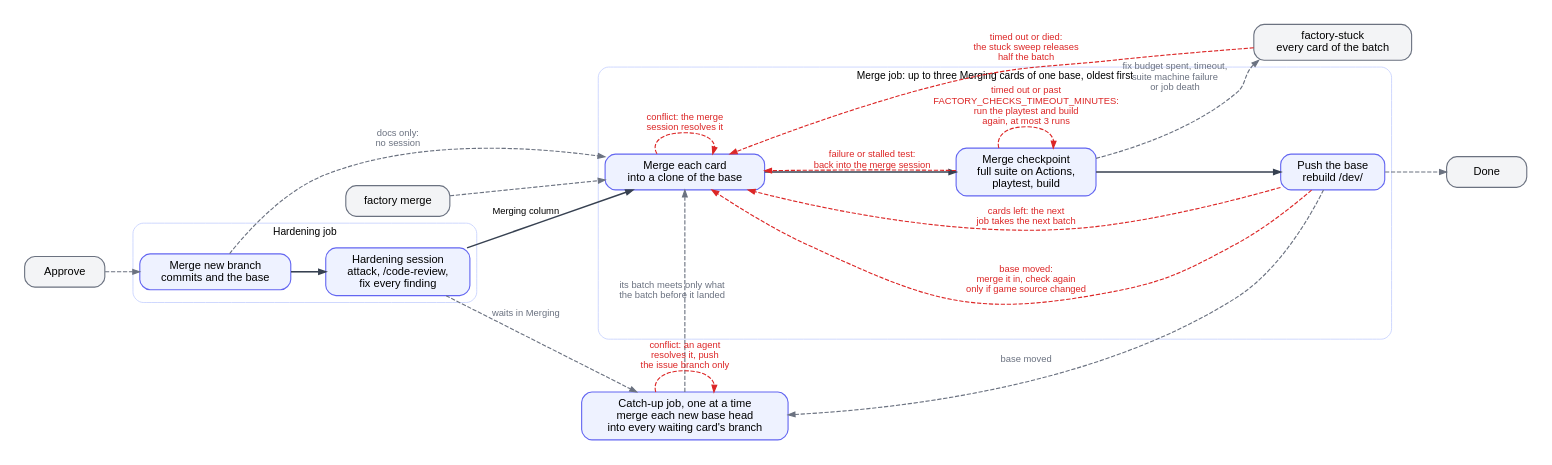
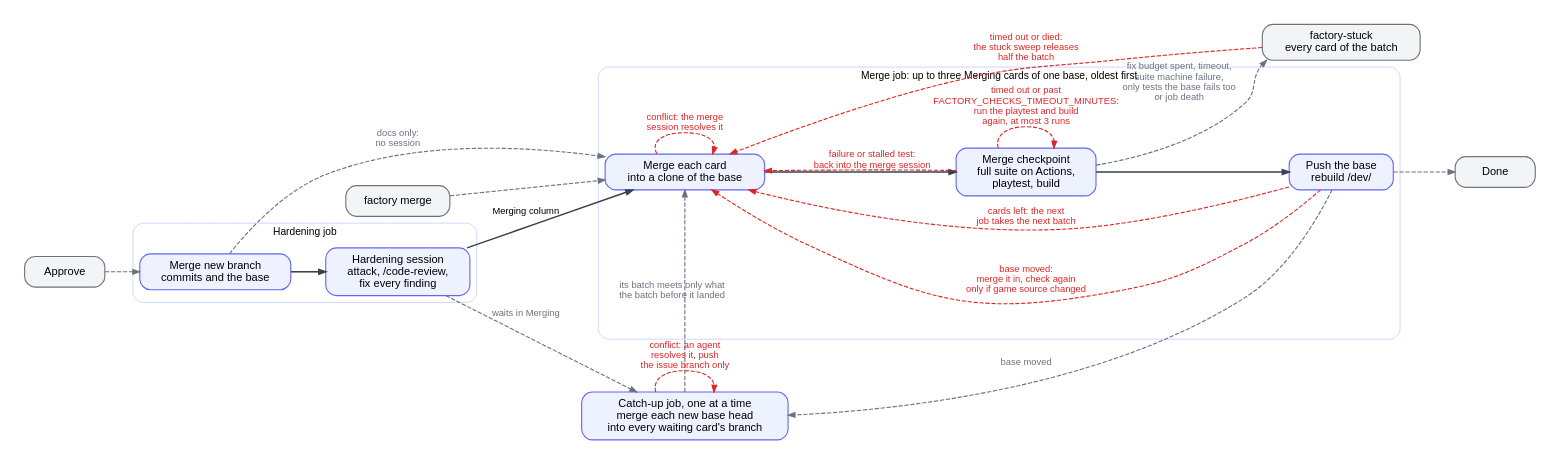
One commit to ROAM-game-org/road-machiners changed the diagram in factory/docs/diagrams/hardening.dot. Above: the diagram before and after it, drawn with Graphviz. The commit also changed 24 other files, not shown here.

```diff
--- a/factory/docs/diagrams/hardening.dot
+++ b/factory/docs/diagrams/hardening.dot
@@ -1,40 +1,40 @@
 // Hardening and Merging columns. One hardening session reviews and fixes an approved card. The merge queue checks up to three waiting cards of a base merged together before the base takes them, and the next job takes the rest. Each time a base moves, a catch-up job merges it into the branches of the waiting cards.
 // Red: loops back. Grey: leaves the column or enters from outside.
 digraph hardening {
   rankdir=LR; nodesep=0.35; ranksep=0.55; bgcolor=white; pad=0.3;
   node [shape=box, style="rounded,filled", fillcolor="#eef2ff", color="#6366f1", fontname="Helvetica", fontsize=13, margin="0.2,0.1", penwidth=1.3, width=1.3];
   edge [color="#374151", penwidth=1.8, arrowsize=0.8, fontname="Helvetica", fontsize=11];
   subgraph cluster_harden {
     label="Hardening job"; fontname="Helvetica"; fontsize=12; color="#c7d2fe"; style=rounded;
     HM [label="Merge new branch\ncommits and the base"]; HH [label="Hardening session\nattack, /code-review,\nfix every finding"];
     HM -> HH [weight=100];
   }
   subgraph cluster_merge {
     label="Merge job: up to three Merging cards of one base, oldest first"; fontname="Helvetica"; fontsize=12; color="#c7d2fe"; style=rounded;
     MM [label="Merge each card\ninto a clone of the base"]; MC [label="Merge checkpoint\nfull suite on Actions,\nplaytest, build"]; MP [label="Push the base\nrebuild /dev/"];
     MM -> MC -> MP [weight=100];
   }
   HH -> MM [label="Merging column"];
   CU [label="Catch-up job, one at a time\nmerge each new base head\ninto every waiting card's branch"];
   XA [label="Approve", fillcolor="#f3f4f6", color="#6b7280"];
   XO [label="factory merge", fillcolor="#f3f4f6", color="#6b7280"];
   XS [label="factory-stuck\nevery card of the batch", fillcolor="#f3f4f6", color="#6b7280"];
   XN [label="Done", fillcolor="#f3f4f6", color="#6b7280"];
   edge [color="#dc2626", fontcolor="#dc2626", style=dashed, penwidth=1.3];
   MM -> MM [label="conflict: the merge\nsession resolves it"];
   MC -> MM [label="failure or stalled test:\nback into the merge session"];
   MC -> MC [label="timed out or past\nFACTORY_CHECKS_TIMEOUT_MINUTES:\nrun the playtest and build\nagain, at most 3 runs"];
   MP -> MM [label="base moved:\nmerge it in, check again\nonly if game source changed"];
   XS -> MM [label="timed out or died:\nthe stuck sweep releases\nhalf the batch"];
   MP -> MM [label="cards left: the next\njob takes the next batch"];
   CU -> CU [label="conflict: an agent\nresolves it, push\nthe issue branch only"];
   edge [color="#6b7280", fontcolor="#6b7280"];
   XA -> HM;
   HM -> MM [label="docs only:\nno session"];
   XO -> MM;
-  MC -> XS [label="fix budget spent, timeout,\nsuite machine failure\nor job death"];
+  MC -> XS [label="fix budget spent, timeout,\nsuite machine failure,\nonly tests the base fails too\nor job death"];
   MP -> XN;
   HH -> CU [label="waits in Merging"];
   MP -> CU [label="base moved"];
   CU -> MM [label="its batch meets only what\nthe batch before it landed"];
 }
```
